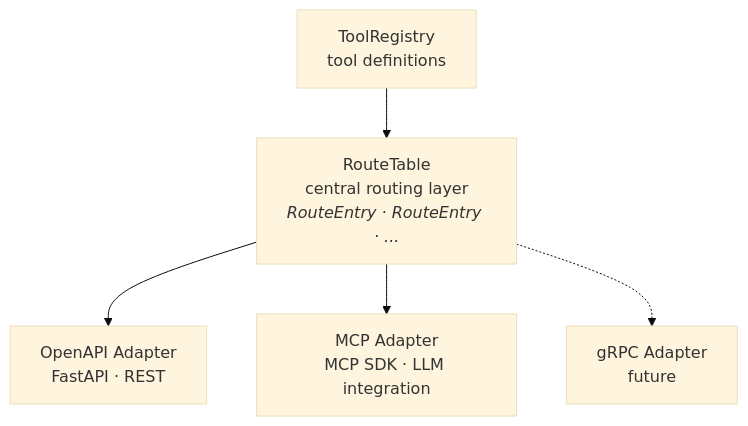
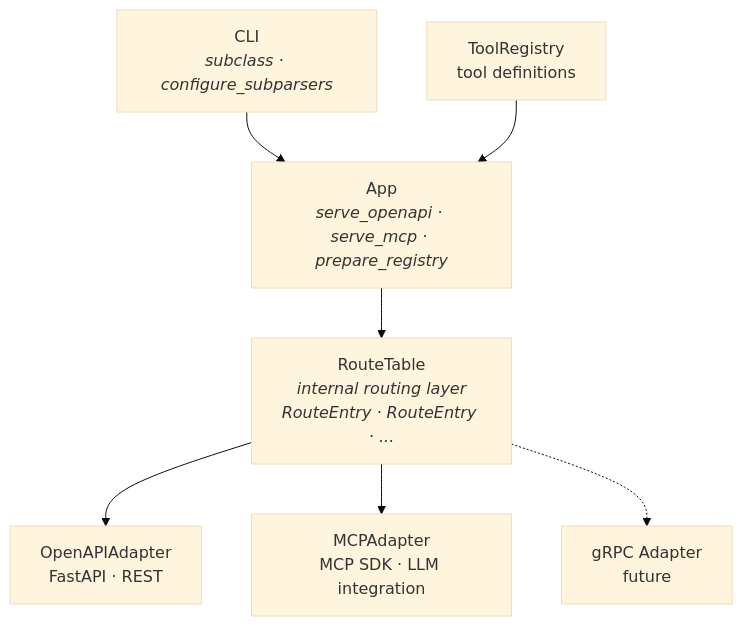
One commit to Oaklight/toolregistry-server changed the diagram in docs/index.md. Above: the diagram before and after it, drawn with Mermaid (base theme). The commit also changed other lines of this file, not shown here.

Commit message:
docs: update index.md for v0.4.0 App orchestration layer

````diff
--- a/docs/index.md
+++ b/docs/index.md
@@ -74,13 +73,17 @@
 ```mermaid
 graph TD
+    CLI[CLI<br/><i>subclass · configure_subparsers</i>]
+    APP[App<br/><i>serve_openapi · serve_mcp · prepare_registry</i>]
+    RT[RouteTable<br/><i>internal routing layer<br/>RouteEntry · RouteEntry · ...</i>]
+    OA[OpenAPIAdapter<br/>FastAPI · REST]
+    MA[MCPAdapter<br/>MCP SDK · LLM integration]
+    GA[gRPC Adapter<br/>future]
     TR[ToolRegistry<br/>tool definitions]
-    RT[RouteTable<br/>central routing layer<br/><i>RouteEntry · RouteEntry · ...</i>]
-    OA[OpenAPI Adapter<br/>FastAPI · REST]
-    MA[MCP Adapter<br/>MCP SDK · LLM integration]
-    GA[gRPC Adapter<br/>future]
 
-    TR --> RT
+    CLI --> APP
+    TR --> APP
+    APP --> RT
     RT --> OA
     RT --> MA
     RT -.-> GA
 ```
````
